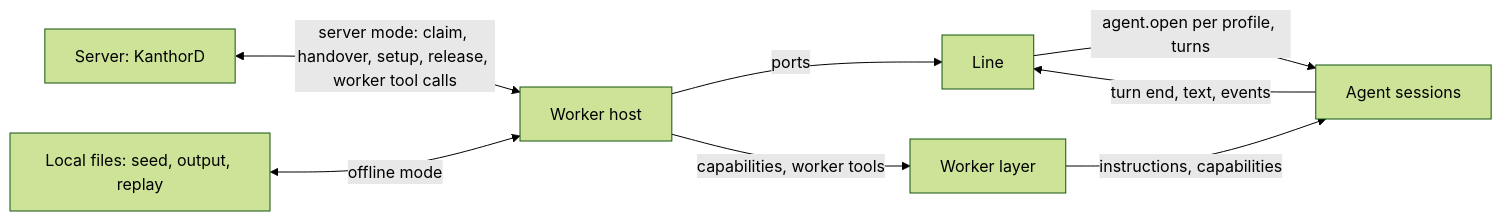
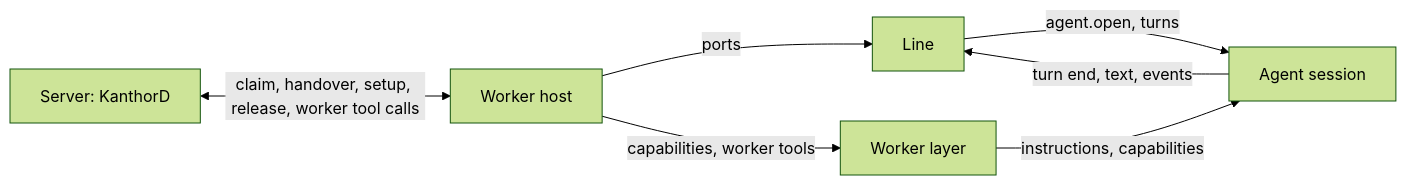
The diagram in docs/brainstorm/agent-worker-v3/L1-model.md (kanthorlabs/kanthord), drawn with Mermaid (forest theme) before and after one commit. The commit also changed other lines of this file and 4 other files, not shown here.

Commit message:
docs: apply the second L1 review of Ulrich (Agent V2, Worker V3)

````diff
--- a/docs/brainstorm/agent-worker-v3/L1-model.md
+++ b/docs/brainstorm/agent-worker-v3/L1-model.md
@@ -92,10 +90,9 @@
 ```mermaid
 flowchart LR
-  S[Server: KanthorD] <-->|server mode: claim, handover, setup, release, worker tool calls| H[Worker host]
-  LF[Local files: seed, output, replay] <-->|offline mode| H
+  S[Server: KanthorD] <-->|claim, handover, setup, release, worker tool calls| H[Worker host]
   H -->|ports| F[Line]
   H -->|capabilities, worker tools| WL[Worker layer]
-  F -->|agent.open per profile, turns| A[Agent sessions]
+  F -->|agent.open, turns| A[Agent session]
   WL -->|instructions, capabilities| A
   A -->|turn end, text, events| F
 ```
````
